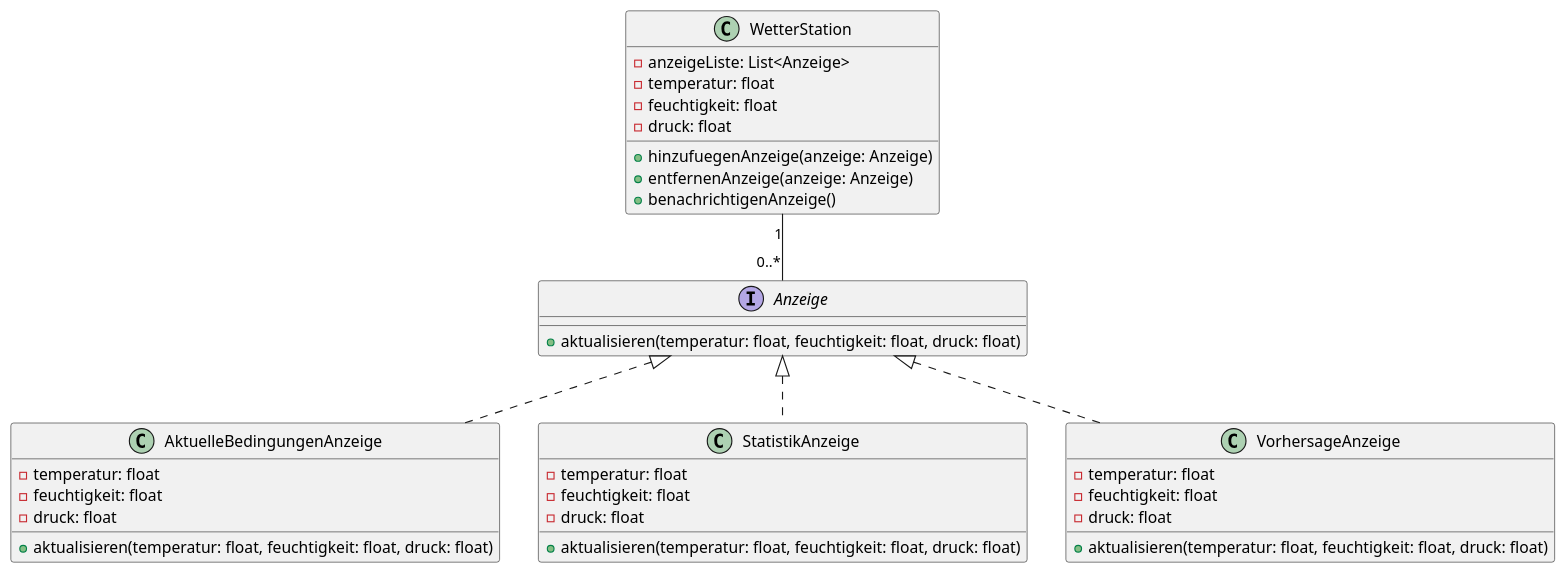
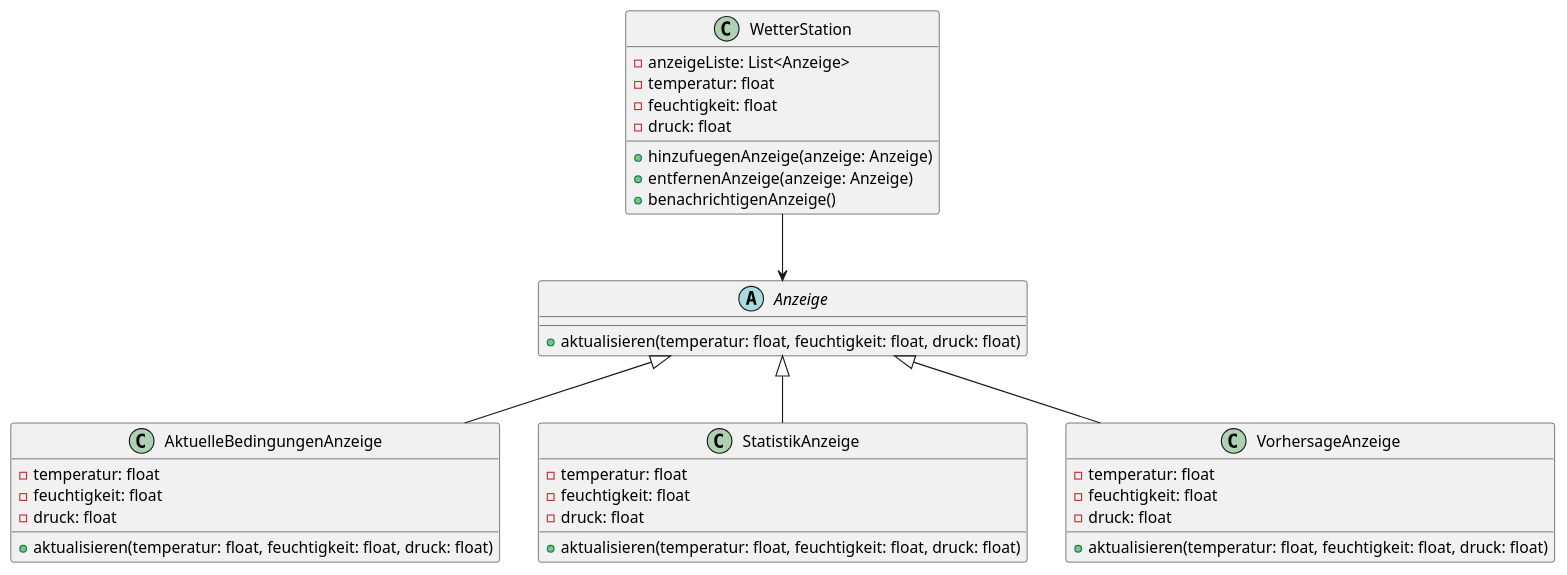
The diagram in dojo-dungeon/todo-assets/Fragen_Pattern/UML_Klassendiagramm1_source.pu (Dungeon-CampusMinden/Dungeon), drawn with PlantUML before and after one commit. The commit also changed 18 other files, not shown here.

```diff
--- a/dojo-dungeon/todo-assets/Fragen_Pattern/UML_Klassendiagramm1_source.pu
+++ b/dojo-dungeon/todo-assets/Fragen_Pattern/UML_Klassendiagramm1_source.pu
@@ -1,41 +1,41 @@
 @startuml UML_Klassendiagramm1.png
-interface Anzeige {
+abstract Anzeige {
   +aktualisieren(temperatur: float, feuchtigkeit: float, druck: float)
 }
 
 class WetterStation {
   -anzeigeListe: List<Anzeige>
   -temperatur: float
   -feuchtigkeit: float
   -druck: float
   +hinzufuegenAnzeige(anzeige: Anzeige)
   +entfernenAnzeige(anzeige: Anzeige)
   +benachrichtigenAnzeige()
 }
 
 class AktuelleBedingungenAnzeige {
   -temperatur: float
   -feuchtigkeit: float
   -druck: float
   +aktualisieren(temperatur: float, feuchtigkeit: float, druck: float)
 }
 
 class StatistikAnzeige {
   -temperatur: float
   -feuchtigkeit: float
   -druck: float
   +aktualisieren(temperatur: float, feuchtigkeit: float, druck: float)
 }
 
 class VorhersageAnzeige {
   -temperatur: float
   -feuchtigkeit: float
   -druck: float
   +aktualisieren(temperatur: float, feuchtigkeit: float, druck: float)
 }
 
-WetterStation "1" -- "0..*" Anzeige
-Anzeige <|.. AktuelleBedingungenAnzeige
-Anzeige <|.. StatistikAnzeige
-Anzeige <|.. VorhersageAnzeige
+WetterStation --> Anzeige
+Anzeige <|-- AktuelleBedingungenAnzeige
+Anzeige <|-- StatistikAnzeige
+Anzeige <|-- VorhersageAnzeige
 @enduml
```
